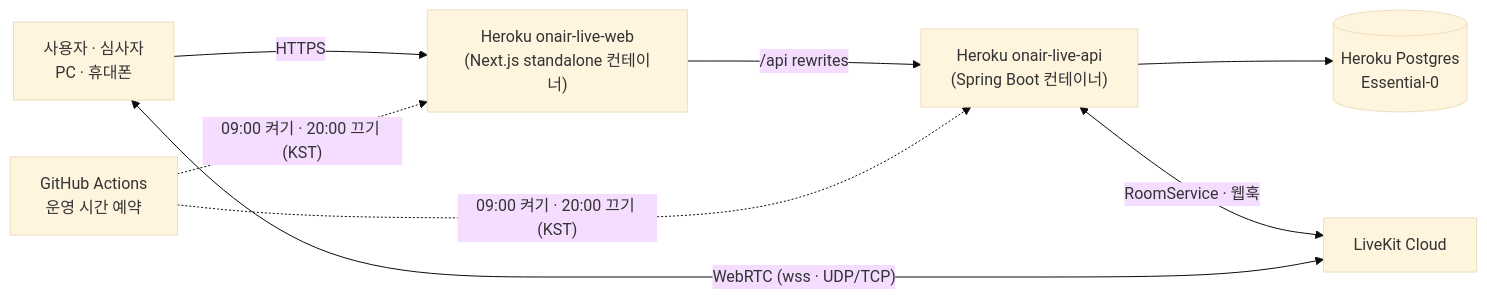
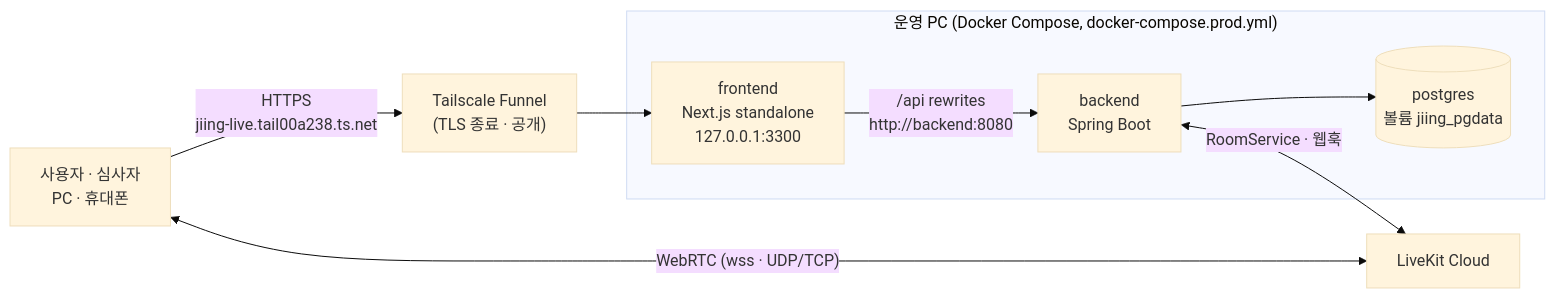
The fifth of 5 diagrams in docs/ARCHITECTURE.md (codes-gy/live-platform), drawn with Mermaid (base theme) before and after one commit. The commit also changed other lines of this file and 8 other files, not shown here.

First line of the commit message:
chore: Heroku 대신 Docker Compose + Tailscale Funnel로 자체 호스팅

````diff
--- a/docs/ARCHITECTURE.md
+++ b/docs/ARCHITECTURE.md
@@ -191,9 +191,14 @@
 ```mermaid
 flowchart LR
-    U["사용자 · 심사자<br/>PC · 휴대폰"] -- HTTPS --> FE["Heroku onair-live-web<br/>(Next.js standalone 컨테이너)"]
-    FE -- "/api rewrites" --> BE["Heroku onair-live-api<br/>(Spring Boot 컨테이너)"]
-    BE --> PG[("Heroku Postgres<br/>Essential-0")]
+    U["사용자 · 심사자<br/>PC · 휴대폰"] -- "HTTPS<br/>jiing-live.tail00a238.ts.net" --> TS["Tailscale Funnel<br/>(TLS 종료 · 공개)"]
+    subgraph Host["운영 PC (Docker Compose, docker-compose.prod.yml)"]
+        FE["frontend<br/>Next.js standalone<br/>127.0.0.1:3300"]
+        BE["backend<br/>Spring Boot"]
+        PG[("postgres<br/>볼륨 jiing_pgdata")]
+    end
+    TS --> FE
+    FE -- "/api rewrites<br/>http://backend:8080" --> BE
+    BE --> PG
     BE <-- "RoomService · 웹훅" --> LK["LiveKit Cloud"]
     U <-- "WebRTC (wss · UDP/TCP)" --> LK
-    GH["GitHub Actions<br/>운영 시간 예약"] -. "09:00 켜기 · 20:00 끄기 (KST)" .-> FE & BE
 ```
````
